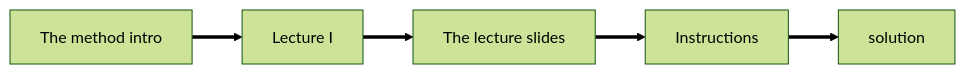
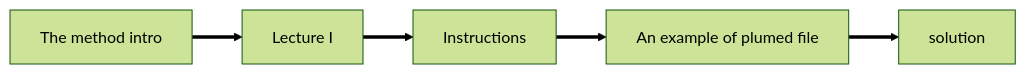
Before and after one commit to adpietropaolo/tutorial: the diagram in navigation.md, drawn with Mermaid (forest theme).

````diff
--- a/navigation.md
+++ b/navigation.md
@@ -11,12 +11,12 @@
 ```mermaid
 flowchart LR
 A[The method intro] ==> B[Lecture I]
-B ==> C[The lecture slides]
-C ==> D[Instructions]
+B ==> C[Instructions]
+C ==> D[An example of plumed file]
 D ==> E[solution]
 click A "mypaper" "The paper related to the Multi-replica biased sampling for Trans-cis isomerization in the ground and excited states using PLUMED"
 click B "Slide.pdf" "The lecture slides"
 click C "README.md" "The instructions for the masterclass"
 click D "plumedfile.md" "The example plumed input file"
 click E "notebook.ipynb" "The notebook file"
 ```
````
